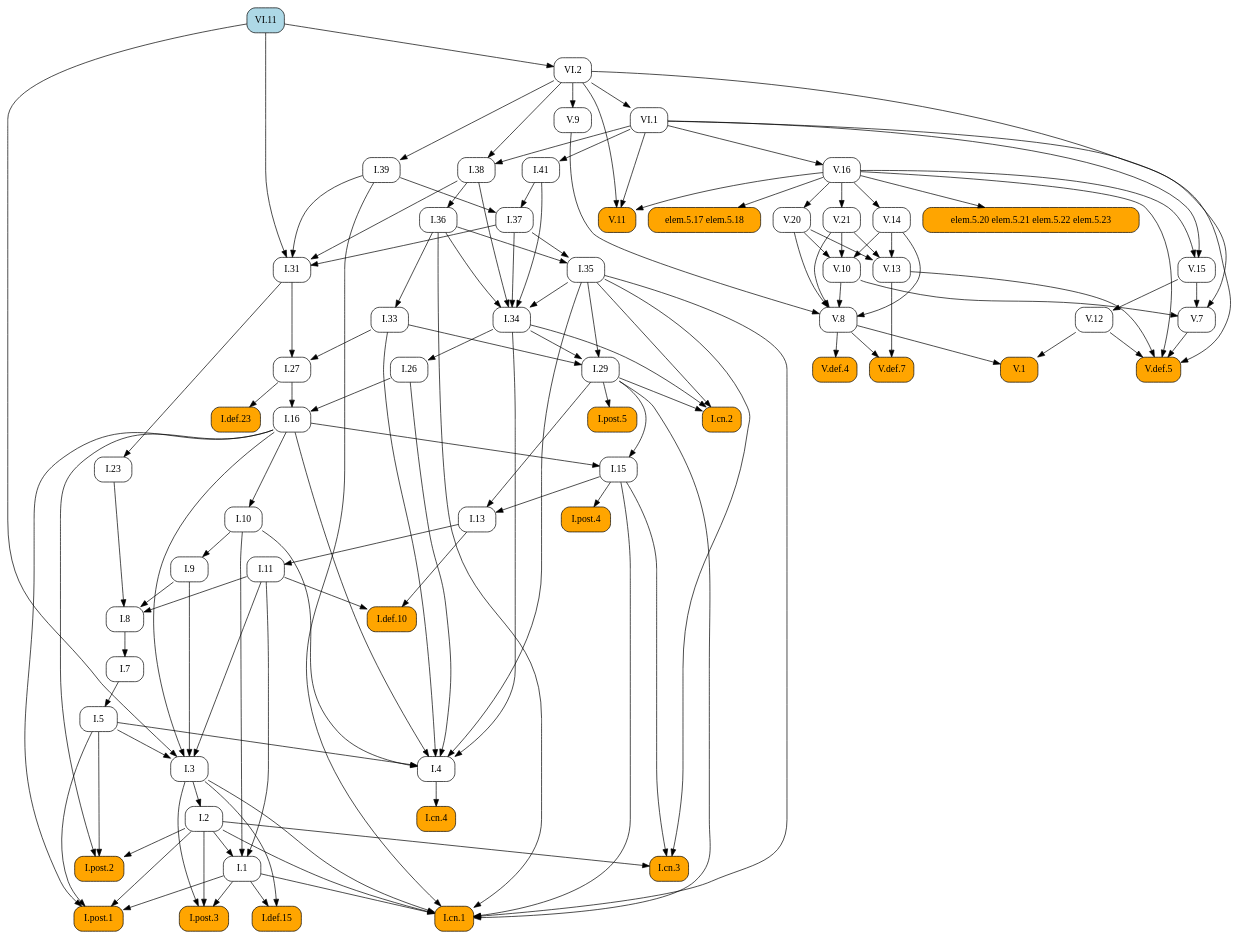
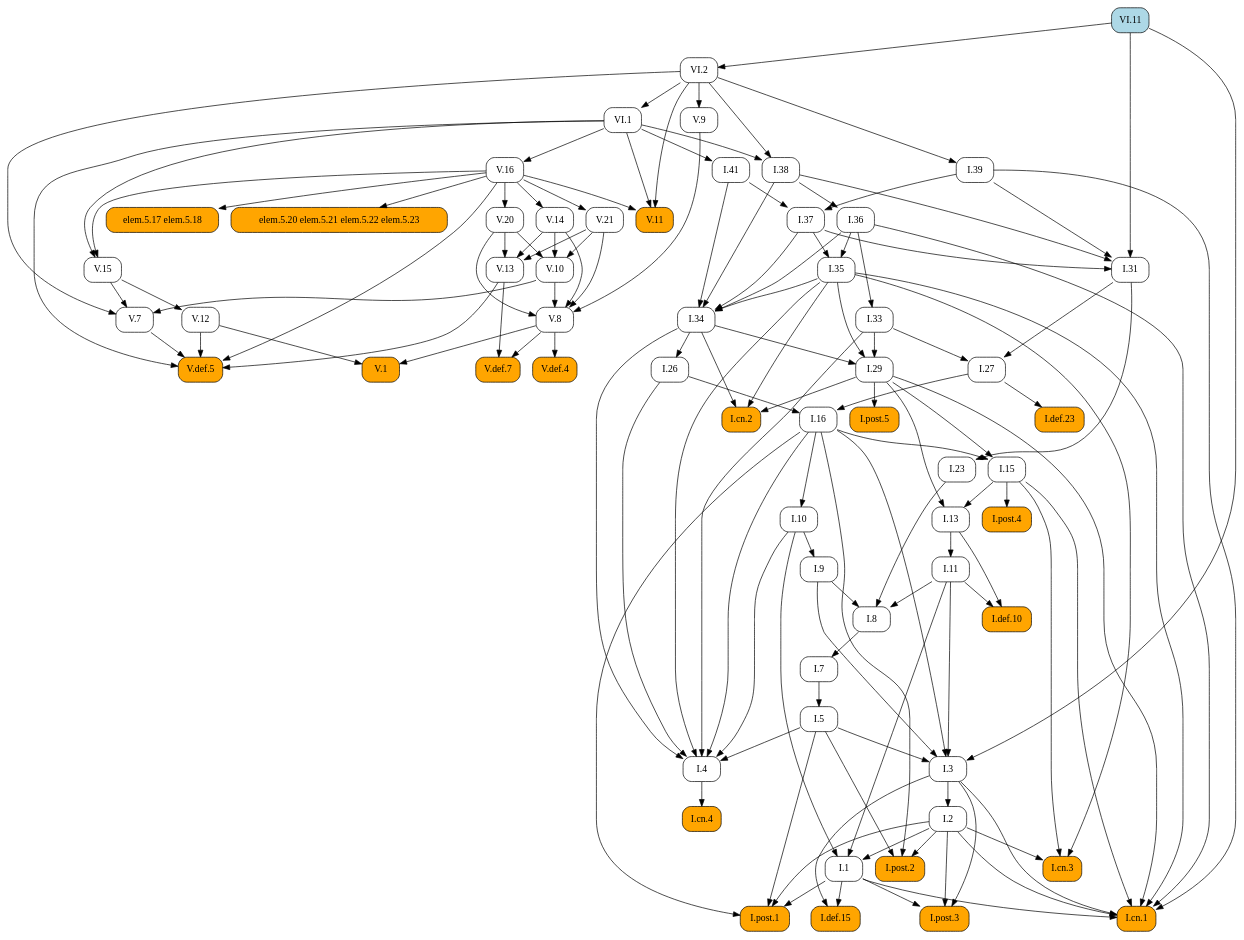
The diagram in docsrc/heath/VI/11/index.rst (geometor/elements), drawn with Graphviz before and after one commit. The commit also changed other lines of this file and 484 other files, not shown here.

```diff
--- a/docsrc/heath/VI/11/index.rst
+++ b/docsrc/heath/VI/11/index.rst
@@ -36,106 +36,123 @@
    digraph {
      rankdir="TB";
      node [shape=box, style=rounded];
-     "I.def.10" [style="rounded,filled", fillcolor=orange, URL="/heath/I/def.10/", target="_top"];
-     "I.11" [URL="/heath/I/11/", target="_top"];
-     "I.post.4" [style="rounded,filled", fillcolor=orange, URL="/heath/I/post.4/", target="_top"];
-     "I.1" [URL="/heath/I/1/", target="_top"];
-     "I.39" [URL="/heath/I/39/", target="_top"];
-     "I.26" [URL="/heath/I/26/", target="_top"];
+     "V.16" [URL="/heath/V/16/", target="_top"];
+     "I.23" [URL="/heath/I/23/", target="_top"];
+     "I.9" [URL="/heath/I/9/", target="_top"];
+     "I.33" [URL="/heath/I/33/", target="_top"];
+     "I.def.15" [style="rounded,filled", fillcolor=orange, URL="/heath/I/def.15/", target="_top"];
+     "V.13" [URL="/heath/V/13/", target="_top"];
+     "V.7" [URL="/heath/V/7/", target="_top"];
+     "elem.5.17 elem.5.18" [style="rounded,filled", fillcolor=orange];
+     "I.post.3" [style="rounded,filled", fillcolor=orange, URL="/heath/I/post.3/", target="_top"];
+     "I.post.1" [style="rounded,filled", fillcolor=orange, URL="/heath/I/post.1/", target="_top"];
      "V.14" [URL="/heath/V/14/", target="_top"];
      "V.def.5" [style="rounded,filled", fillcolor=orange, URL="/heath/V/def.5/", target="_top"];
+     "V.9" [URL="/heath/V/9/", target="_top"];
+     "I.31" [URL="/heath/I/31/", target="_top"];
+     "V.10" [URL="/heath/V/10/", target="_top"];
+     "I.def.10" [style="rounded,filled", fillcolor=orange, URL="/heath/I/def.10/", target="_top"];
+     "VI.1" [URL="/heath/VI/1/", target="_top"];
+     "I.27" [URL="/heath/I/27/", target="_top"];
+     "I.39" [URL="/heath/I/39/", target="_top"];
+     "V.20" [URL="/heath/V/20/", target="_top"];
+     "V.11" [style="rounded,filled", fillcolor=orange, URL="/heath/V/11/", target="_top"];
+     "I.34" [URL="/heath/I/34/", target="_top"];
+     "V.12" [URL="/heath/V/12/", target="_top"];
+     "I.3" [URL="/heath/I/3/", target="_top"];
+     "V.def.4" [style="rounded,filled", fillcolor=orange, URL="/heath/V/def.4/", target="_top"];
+     "I.35" [URL="/heath/I/35/", target="_top"];
+     "I.cn.1" [style="rounded,filled", fillcolor=orange, URL="/heath/I/cn.1/", target="_top"];
+     "I.7" [URL="/heath/I/7/", target="_top"];
+     "V.def.7" [style="rounded,filled", fillcolor=orange, URL="/heath/V/def.7/", target="_top"];
+     "I.2" [URL="/heath/I/2/", target="_top"];
+     "V.21" [URL="/heath/V/21/", target="_top"];
+     "I.36" [URL="/heath/I/36/", target="_top"];
+     "I.13" [URL="/heath/I/13/", target="_top"];
+     "I.post.4" [style="rounded,filled", fillcolor=orange, URL="/heath/I/post.4/", target="_top"];
+     "I.4" [URL="/heath/I/4/", target="_top"];
+     "I.1" [URL="/heath/I/1/", target="_top"];
+     "I.5" [URL="/heath/I/5/", target="_top"];
+     "I.8" [URL="/heath/I/8/", target="_top"];
+     "I.37" [URL="/heath/I/37/", target="_top"];
+     "I.cn.3" [style="rounded,filled", fillcolor=orange, URL="/heath/I/cn.3/", target="_top"];
      "I.29" [URL="/heath/I/29/", target="_top"];
-     "V.12" [URL="/heath/V/12/", target="_top"];
+     "I.16" [URL="/heath/I/16/", target="_top"];
+     "I.38" [URL="/heath/I/38/", target="_top"];
+     "V.8" [URL="/heath/V/8/", target="_top"];
+     "I.15" [URL="/heath/I/15/", target="_top"];
+     "I.10" [URL="/heath/I/10/", target="_top"];
+     "V.1" [style="rounded,filled", fillcolor=orange, URL="/heath/V/1/", target="_top"];
+     "I.def.23" [style="rounded,filled", fillcolor=orange, URL="/heath/I/def.23/", target="_top"];
+     "I.11" [URL="/heath/I/11/", target="_top"];
      "I.cn.2" [style="rounded,filled", fillcolor=orange, URL="/heath/I/cn.2/", target="_top"];
-     "V.20" [URL="/heath/V/20/", target="_top"];
-     "V.10" [URL="/heath/V/10/", target="_top"];
-     "V.11" [style="rounded,filled", fillcolor=orange, URL="/heath/V/11/", target="_top"];
+     "I.post.5" [style="rounded,filled", fillcolor=orange, URL="/heath/I/post.5/", target="_top"];
      "VI.2" [URL="/heath/VI/2/", target="_top"];
-     "V.13" [URL="/heath/V/13/", target="_top"];
-     "I.def.15" [style="rounded,filled", fillcolor=orange, URL="/heath/I/def.15/", target="_top"];
-     "I.post.3" [style="rounded,filled", fillcolor=orange, URL="/heath/I/post.3/", target="_top"];
-     "VI.1" [URL="/heath/VI/1/", target="_top"];
+     "I.cn.4" [style="rounded,filled", fillcolor=orange, URL="/heath/I/cn.4/", target="_top"];
+     "I.post.2" [style="rounded,filled", fillcolor=orange, URL="/heath/I/post.2/", target="_top"];
+     "I.41" [URL="/heath/I/41/", target="_top"];
      "V.15" [URL="/heath/V/15/", target="_top"];
-     "I.cn.1" [style="rounded,filled", fillcolor=orange, URL="/heath/I/cn.1/", target="_top"];
-     "I.cn.3" [style="rounded,filled", fillcolor=orange, URL="/heath/I/cn.3/", target="_top"];
-     "V.7" [URL="/heath/V/7/", target="_top"];
-     "V.9" [URL="/heath/V/9/", target="_top"];
-     "V.16" [URL="/heath/V/16/", target="_top"];
+     "I.26" [URL="/heath/I/26/", target="_top"];
      "VI.11" [style="rounded,filled", fillcolor=lightblue, URL="/heath/VI/11/", target="_top"];
-     "I.23" [URL="/heath/I/23/", target="_top"];
-     "I.post.1" [style="rounded,filled", fillcolor=orange, URL="/heath/I/post.1/", target="_top"];
-     "I.35" [URL="/heath/I/35/", target="_top"];
-     "I.36" [URL="/heath/I/36/", target="_top"];
-     "I.27" [URL="/heath/I/27/", target="_top"];
-     "V.8" [URL="/heath/V/8/", target="_top"];
-     "I.41" [URL="/heath/I/41/", target="_top"];
-     "I.37" [URL="/heath/I/37/", target="_top"];
-     "I.34" [URL="/heath/I/34/", target="_top"];
-     "I.3" [URL="/heath/I/3/", target="_top"];
-     "I.7" [URL="/heath/I/7/", target="_top"];
-     "I.2" [URL="/heath/I/2/", target="_top"];
-     "I.def.23" [style="rounded,filled", fillcolor=orange, URL="/heath/I/def.23/", target="_top"];
-     "I.4" [URL="/heath/I/4/", target="_top"];
-     "I.13" [URL="/heath/I/13/", target="_top"];
-     "I.33" [URL="/heath/I/33/", target="_top"];
-     "I.post.2" [style="rounded,filled", fillcolor=orange, URL="/heath/I/post.2/", target="_top"];
-     "I.31" [URL="/heath/I/31/", target="_top"];
-     "V.1" [style="rounded,filled", fillcolor=orange, URL="/heath/V/1/", target="_top"];
-     "I.16" [URL="/heath/I/16/", target="_top"];
      "elem.5.20 elem.5.21 elem.5.22 elem.5.23" [style="rounded,filled", fillcolor=orange];
-     "elem.5.17 elem.5.18" [style="rounded,filled", fillcolor=orange];
-     "I.9" [URL="/heath/I/9/", target="_top"];
-     "I.8" [URL="/heath/I/8/", target="_top"];
-     "V.def.4" [style="rounded,filled", fillcolor=orange, URL="/heath/V/def.4/", target="_top"];
-     "I.cn.4" [style="rounded,filled", fillcolor=orange, URL="/heath/I/cn.4/", target="_top"];
-     "I.15" [URL="/heath/I/15/", target="_top"];
-     "I.post.5" [style="rounded,filled", fillcolor=orange, URL="/heath/I/post.5/", target="_top"];
-     "I.38" [URL="/heath/I/38/", target="_top"];
-     "V.def.7" [style="rounded,filled", fillcolor=orange, URL="/heath/V/def.7/", target="_top"];
-     "I.10" [URL="/heath/I/10/", target="_top"];
-     "I.5" [URL="/heath/I/5/", target="_top"];
-     "V.21" [URL="/heath/V/21/", target="_top"];
-     "I.11" -> "I.def.10";
-     "I.13" -> "I.def.10";
-     "I.13" -> "I.11";
-     "I.15" -> "I.post.4";
-     "I.2" -> "I.1";
-     "I.10" -> "I.1";
-     "I.11" -> "I.1";
-     "VI.2" -> "I.39";
-     "I.34" -> "I.26";
+     "VI.1" -> "V.16";
+     "I.31" -> "I.23";
+     "I.10" -> "I.9";
+     "I.36" -> "I.33";
+     "I.1" -> "I.def.15";
+     "I.3" -> "I.def.15";
+     "V.14" -> "V.13";
+     "V.20" -> "V.13";
+     "V.21" -> "V.13";
+     "V.10" -> "V.7";
+     "V.15" -> "V.7";
+     "VI.2" -> "V.7";
+     "V.16" -> "elem.5.17 elem.5.18";
+     "I.1" -> "I.post.3";
+     "I.2" -> "I.post.3";
+     "I.3" -> "I.post.3";
+     "I.1" -> "I.post.1";
+     "I.2" -> "I.post.1";
+     "I.5" -> "I.post.1";
+     "I.16" -> "I.post.1";
      "V.16" -> "V.14";
      "V.7" -> "V.def.5";
      "V.12" -> "V.def.5";
      "V.13" -> "V.def.5";
      "V.16" -> "V.def.5";
      "VI.1" -> "V.def.5";
-     "I.33" -> "I.29";
-     "I.34" -> "I.29";
-     "I.35" -> "I.29";
-     "V.15" -> "V.12";
-     "I.29" -> "I.cn.2";
-     "I.34" -> "I.cn.2";
-     "I.35" -> "I.cn.2";
-     "V.16" -> "V.20";
+     "VI.2" -> "V.9";
+     "I.37" -> "I.31";
+     "I.38" -> "I.31";
+     "I.39" -> "I.31";
+     "VI.11" -> "I.31";
      "V.14" -> "V.10";
      "V.20" -> "V.10";
      "V.21" -> "V.10";
+     "I.11" -> "I.def.10";
+     "I.13" -> "I.def.10";
+     "VI.2" -> "VI.1";
+     "I.31" -> "I.27";
+     "I.33" -> "I.27";
+     "VI.2" -> "I.39";
+     "V.16" -> "V.20";
      "V.16" -> "V.11";
      "VI.1" -> "V.11";
      "VI.2" -> "V.11";
-     "VI.11" -> "VI.2";
-     "V.14" -> "V.13";
-     "V.20" -> "V.13";
-     "V.21" -> "V.13";
-     "I.1" -> "I.def.15";
-     "I.3" -> "I.def.15";
-     "I.1" -> "I.post.3";
-     "I.2" -> "I.post.3";
-     "I.3" -> "I.post.3";
-     "VI.2" -> "VI.1";
-     "V.16" -> "V.15";
-     "VI.1" -> "V.15";
+     "I.35" -> "I.34";
+     "I.36" -> "I.34";
+     "I.37" -> "I.34";
+     "I.38" -> "I.34";
+     "I.41" -> "I.34";
+     "V.15" -> "V.12";
+     "I.5" -> "I.3";
+     "I.9" -> "I.3";
+     "I.11" -> "I.3";
+     "I.16" -> "I.3";
+     "VI.11" -> "I.3";
+     "V.8" -> "V.def.4";
+     "I.36" -> "I.35";
+     "I.37" -> "I.35";
      "I.1" -> "I.cn.1";
      "I.2" -> "I.cn.1";
      "I.3" -> "I.cn.1";
@@ -144,45 +161,15 @@
      "I.35" -> "I.cn.1";
      "I.36" -> "I.cn.1";
      "I.39" -> "I.cn.1";
-     "I.2" -> "I.cn.3";
-     "I.15" -> "I.cn.3";
-     "I.35" -> "I.cn.3";
-     "V.10" -> "V.7";
-     "V.15" -> "V.7";
-     "VI.2" -> "V.7";
-     "VI.2" -> "V.9";
-     "VI.1" -> "V.16";
-     "I.31" -> "I.23";
-     "I.1" -> "I.post.1";
-     "I.2" -> "I.post.1";
-     "I.5" -> "I.post.1";
-     "I.16" -> "I.post.1";
-     "I.36" -> "I.35";
-     "I.37" -> "I.35";
+     "I.8" -> "I.7";
+     "V.8" -> "V.def.7";
+     "V.13" -> "V.def.7";
+     "I.3" -> "I.2";
+     "V.16" -> "V.21";
      "I.38" -> "I.36";
-     "I.31" -> "I.27";
-     "I.33" -> "I.27";
-     "V.9" -> "V.8";
-     "V.10" -> "V.8";
-     "V.14" -> "V.8";
-     "V.20" -> "V.8";
-     "V.21" -> "V.8";
-     "VI.1" -> "I.41";
-     "I.39" -> "I.37";
-     "I.41" -> "I.37";
-     "I.35" -> "I.34";
-     "I.36" -> "I.34";
-     "I.37" -> "I.34";
-     "I.38" -> "I.34";
-     "I.41" -> "I.34";
-     "I.5" -> "I.3";
-     "I.9" -> "I.3";
-     "I.11" -> "I.3";
-     "I.16" -> "I.3";
-     "VI.11" -> "I.3";
-     "I.8" -> "I.7";
-     "I.3" -> "I.2";
-     "I.27" -> "I.def.23";
+     "I.15" -> "I.13";
+     "I.29" -> "I.13";
+     "I.15" -> "I.post.4";
      "I.5" -> "I.4";
      "I.10" -> "I.4";
      "I.16" -> "I.4";
@@ -190,36 +177,49 @@
      "I.33" -> "I.4";
      "I.34" -> "I.4";
      "I.35" -> "I.4";
-     "I.15" -> "I.13";
-     "I.29" -> "I.13";
-     "I.36" -> "I.33";
+     "I.2" -> "I.1";
+     "I.10" -> "I.1";
+     "I.11" -> "I.1";
+     "I.7" -> "I.5";
+     "I.9" -> "I.8";
+     "I.11" -> "I.8";
+     "I.23" -> "I.8";
+     "I.39" -> "I.37";
+     "I.41" -> "I.37";
+     "I.2" -> "I.cn.3";
+     "I.15" -> "I.cn.3";
+     "I.35" -> "I.cn.3";
+     "I.33" -> "I.29";
+     "I.34" -> "I.29";
+     "I.35" -> "I.29";
+     "I.26" -> "I.16";
+     "I.27" -> "I.16";
+     "VI.1" -> "I.38";
+     "VI.2" -> "I.38";
+     "V.9" -> "V.8";
+     "V.10" -> "V.8";
+     "V.14" -> "V.8";
+     "V.20" -> "V.8";
+     "V.21" -> "V.8";
+     "I.16" -> "I.15";
+     "I.29" -> "I.15";
+     "I.16" -> "I.10";
+     "V.8" -> "V.1";
+     "V.12" -> "V.1";
+     "I.27" -> "I.def.23";
+     "I.13" -> "I.11";
+     "I.29" -> "I.cn.2";
+     "I.34" -> "I.cn.2";
+     "I.35" -> "I.cn.2";
+     "I.29" -> "I.post.5";
+     "VI.11" -> "VI.2";
+     "I.4" -> "I.cn.4";
      "I.2" -> "I.post.2";
      "I.5" -> "I.post.2";
      "I.16" -> "I.post.2";
-     "I.37" -> "I.31";
-     "I.38" -> "I.31";
-     "I.39" -> "I.31";
-     "VI.11" -> "I.31";
-     "V.8" -> "V.1";
-     "V.12" -> "V.1";
-     "I.26" -> "I.16";
-     "I.27" -> "I.16";
+     "VI.1" -> "I.41";
+     "V.16" -> "V.15";
+     "VI.1" -> "V.15";
+     "I.34" -> "I.26";
      "V.16" -> "elem.5.20 elem.5.21 elem.5.22 elem.5.23";
-     "V.16" -> "elem.5.17 elem.5.18";
-     "I.10" -> "I.9";
-     "I.9" -> "I.8";
-     "I.11" -> "I.8";
-     "I.23" -> "I.8";
-     "V.8" -> "V.def.4";
-     "I.4" -> "I.cn.4";
-     "I.16" -> "I.15";
-     "I.29" -> "I.15";
-     "I.29" -> "I.post.5";
-     "VI.1" -> "I.38";
-     "VI.2" -> "I.38";
-     "V.8" -> "V.def.7";
-     "V.13" -> "V.def.7";
-     "I.16" -> "I.10";
-     "I.7" -> "I.5";
-     "V.16" -> "V.21";
    }
```
